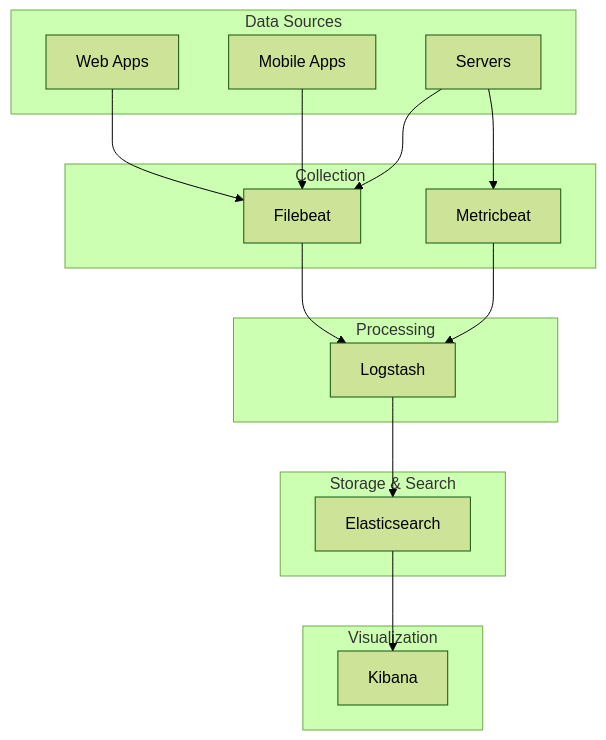
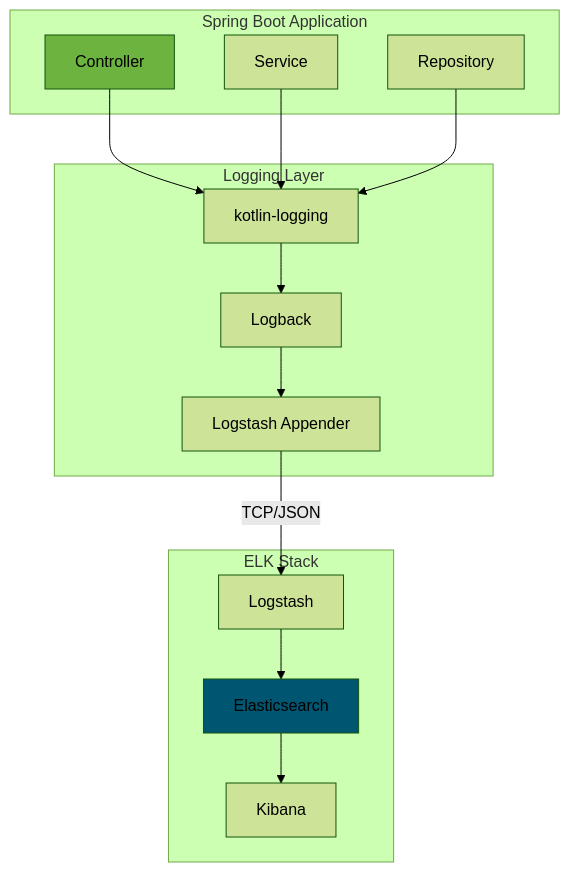
One commit to adszzz11/study changed the second of 4 diagrams in study/ELK/README.md. Above: the diagram before and after it, drawn with Mermaid (forest theme). The commit also changed other lines of this file and 11 other files, not shown here.

````diff
--- a/study/ELK/README.md
+++ b/study/ELK/README.md
@@ -75,34 +76,32 @@
 ```mermaid
 graph TB
-    subgraph "Data Sources"
-        A[Web Apps]
-        B[Mobile Apps]
-        C[Servers]
+    subgraph "Spring Boot Application"
+        A[Controller]
+        B[Service]
+        C[Repository]
     end
 
-    subgraph "Collection"
-        D[Filebeat]
-        E[Metricbeat]
+    subgraph "Logging Layer"
+        D[kotlin-logging]
+        E[Logback]
+        F[Logstash Appender]
     end
 
-    subgraph "Processing"
-        F[Logstash]
-    end
-
-    subgraph "Storage & Search"
-        G[Elasticsearch]
-    end
-
-    subgraph "Visualization"
-        H[Kibana]
+    subgraph "ELK Stack"
+        G[Logstash]
+        H[Elasticsearch]
+        I[Kibana]
     end
 
     A --> D
     B --> D
     C --> D
-    C --> E
-    D --> F
+    D --> E
     E --> F
-    F --> G
+    F -->|TCP/JSON| G
     G --> H
+    H --> I
+
+    style A fill:#6db33f
+    style H fill:#005571
 ```
````
